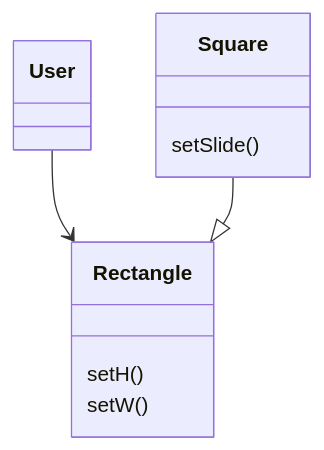
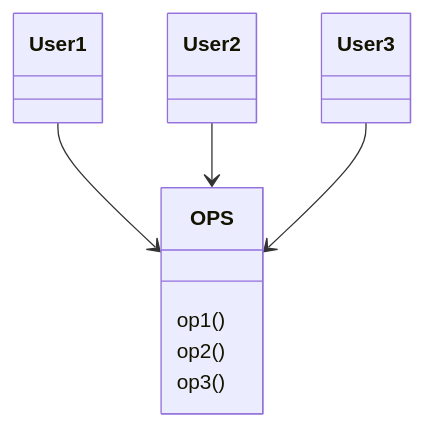
Before and after one commit to jhk-im/clean-architecture: the first of 2 diagrams in clean-architecture/chapter09/README.md, drawn with Mermaid. The commit also changed other lines of this file and 1 other file, not shown here.

````diff
--- a/clean-architecture/chapter09/README.md
+++ b/clean-architecture/chapter09/README.md
@@ -42,14 +5,11 @@
 ```mermaid
 classDiagram
-class Rectangle {
-    setH()
-    setW()
+class OPS {
+    op1()
+    op2()
+    op3()
 }
-
-class Square {
-    setSlide()
-}
-
-User --> Rectangle
-Square --|> Rectangle
+User1 --> OPS
+User2 --> OPS
+User3 --> OPS
 ```
````
